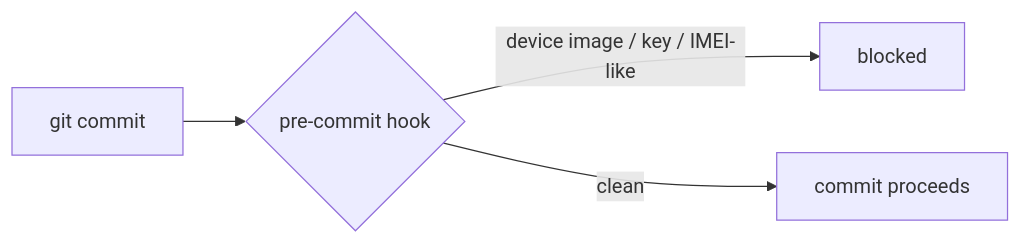
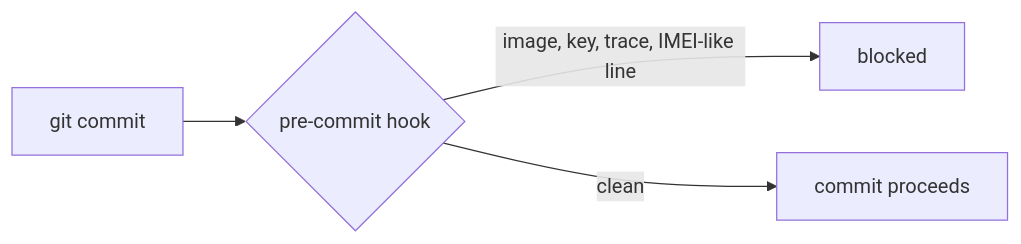
The diagram in docs/reference/git-workflow.md (jim-wyatt/MotoRoot), drawn with Mermaid before and after one commit. The commit also changed other lines of this file and 66 other files, not shown here.

````diff
--- a/docs/reference/git-workflow.md
+++ b/docs/reference/git-workflow.md
@@ -24,7 +26,7 @@
 ```mermaid
 %%{init: {"flowchart": {"wrappingWidth": 300}}}%%
 flowchart LR
     S[git commit] --> H{pre-commit hook}
-    H -->|device image / key / IMEI-like| X[blocked]
+    H -->|image, key, trace, IMEI-like line| X[blocked]
     H -->|clean| C[commit proceeds]
 ```
````
